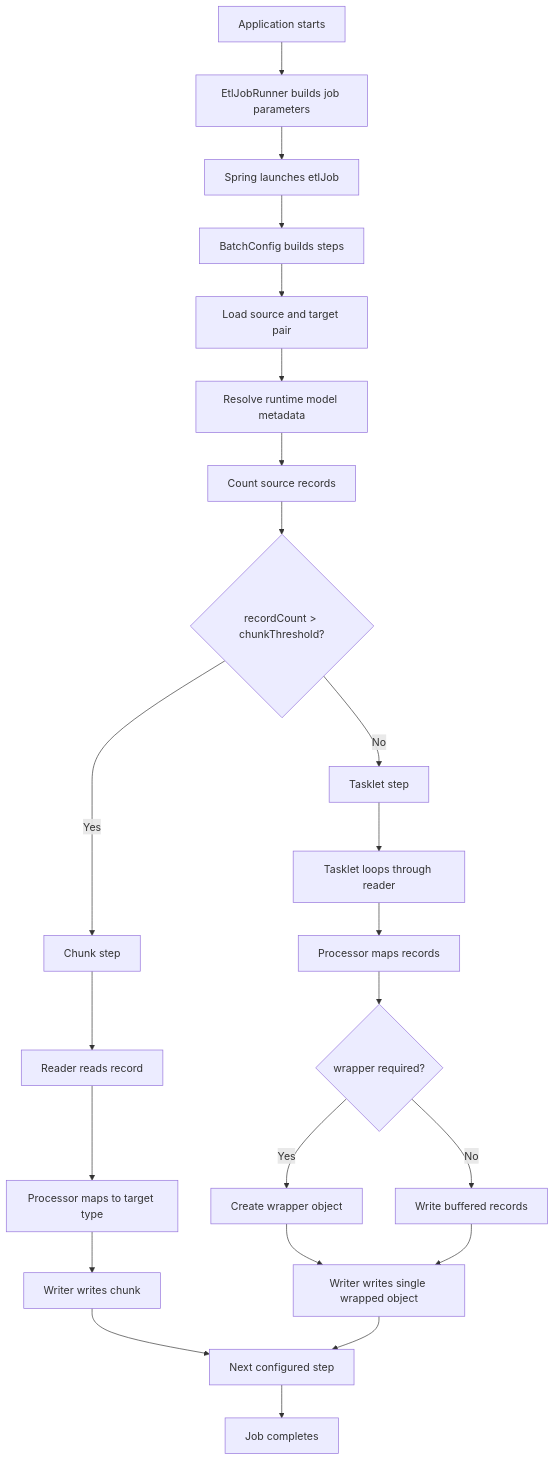
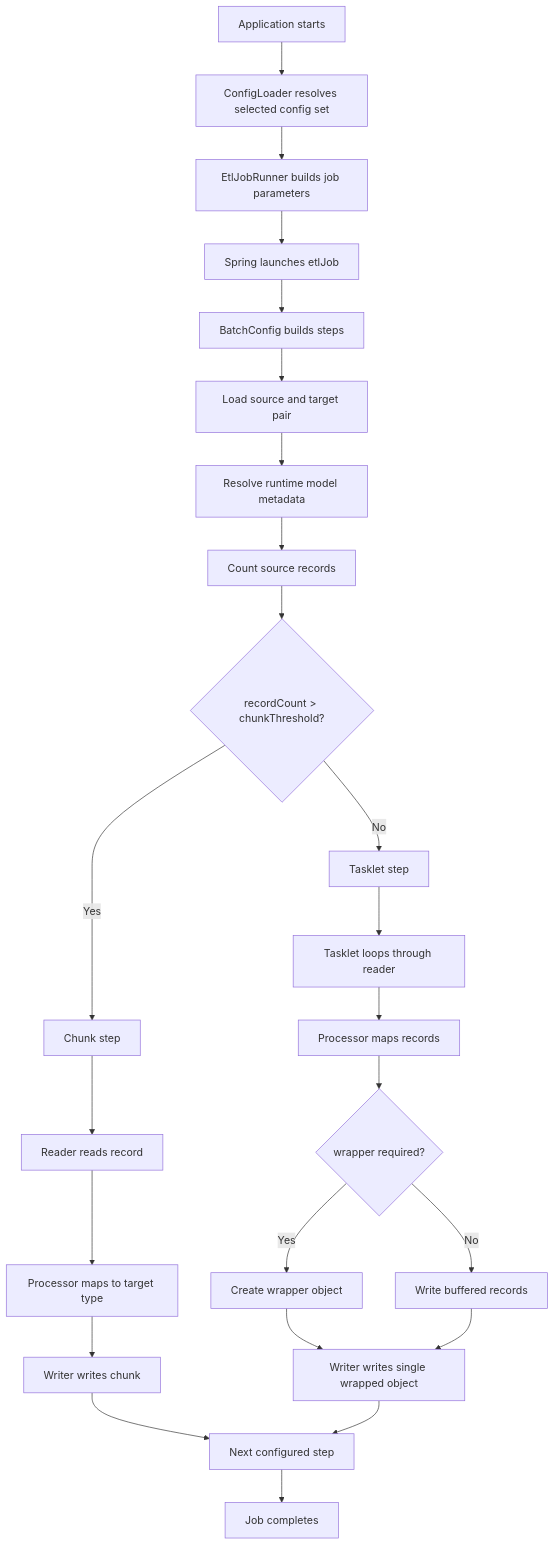
The first of 2 diagrams in docs/architecture/runtime-flow.md (kbalanandam/spring-etl-engine), drawn with Mermaid before and after one commit. The commit also changed other lines of this file and 11 other files, not shown here.

````diff
--- a/docs/architecture/runtime-flow.md
+++ b/docs/architecture/runtime-flow.md
@@ -9,29 +9,30 @@
 ```mermaid
 flowchart TD
-    A[Application starts] --> B[EtlJobRunner builds job parameters]
-    B --> C[Spring launches etlJob]
-    C --> D[BatchConfig builds steps]
-    D --> E[Load source and target pair]
-    E --> F[Resolve runtime model metadata]
-    F --> G[Count source records]
-    G --> H{recordCount > chunkThreshold?}
+    A[Application starts] --> B[ConfigLoader resolves selected config set]
+    B --> C[EtlJobRunner builds job parameters]
+    C --> D[Spring launches etlJob]
+    D --> E[BatchConfig builds steps]
+    E --> F[Load source and target pair]
+    F --> G[Resolve runtime model metadata]
+    G --> H[Count source records]
+    H --> I{recordCount > chunkThreshold?}
 
-    H -- Yes --> I[Chunk step]
-    H -- No --> J[Tasklet step]
+    I -- Yes --> J[Chunk step]
+    I -- No --> K[Tasklet step]
 
-    I --> K[Reader reads record]
-    K --> L[Processor maps to target type]
-    L --> M[Writer writes chunk]
+    J --> L[Reader reads record]
+    L --> M[Processor maps to target type]
+    M --> N[Writer writes chunk]
 
-    J --> N[Tasklet loops through reader]
-    N --> O[Processor maps records]
-    O --> P{wrapper required?}
-    P -- Yes --> Q[Create wrapper object]
-    P -- No --> R[Write buffered records]
-    Q --> S[Writer writes single wrapped object]
-    R --> S
+    K --> O[Tasklet loops through reader]
+    O --> P[Processor maps records]
+    P --> Q{wrapper required?}
+    Q -- Yes --> R[Create wrapper object]
+    Q -- No --> S[Write buffered records]
+    R --> T[Writer writes single wrapped object]
+    S --> T
 
-    M --> T[Next configured step]
-    S --> T
-    T --> U[Job completes]
+    N --> U[Next configured step]
+    T --> U
+    U --> V[Job completes]
 ```
````
